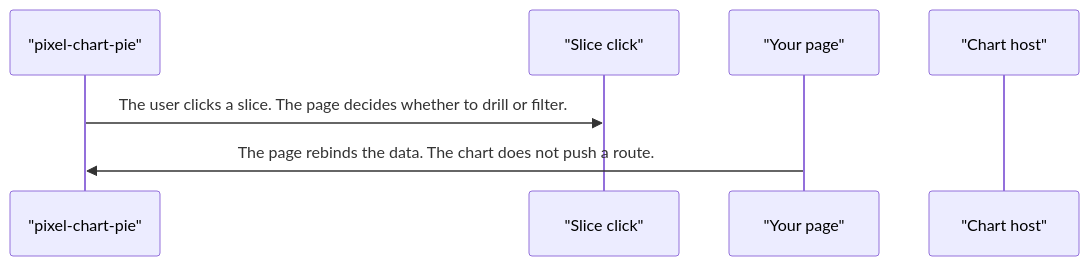
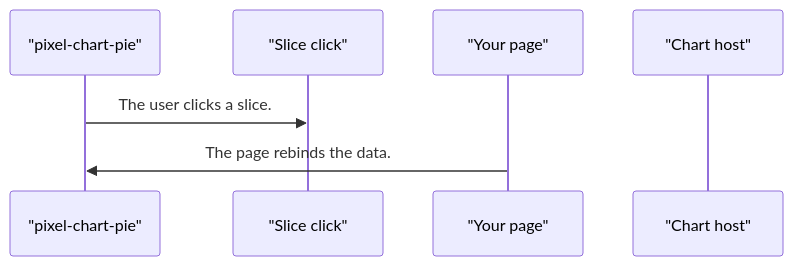
The fifth of 5 diagrams in projects/pixel-ui/src/lib/pixel-chart-pie/DESIGN.md (RajshekharBorate/pixel-ui), drawn with Mermaid before and after one commit. The commit also changed other lines of this file and 80 other files, not shown here.

Commit message:
Fill missing design flows and correct the stories that did not match component behavior.

````diff
--- a/projects/pixel-ui/src/lib/pixel-chart-pie/DESIGN.md
+++ b/projects/pixel-ui/src/lib/pixel-chart-pie/DESIGN.md
@@ -93,9 +93,9 @@
 ```mermaid
 sequenceDiagram
   participant plot as "pixel-chart-pie"
   participant click as "Slice click"
   participant page as "Your page"
   participant host as "Chart host"
-  plot->>click: The user clicks a slice. The page decides whether to drill or filter.
-  page->>plot: The page rebinds the data. The chart does not push a route.
+  plot->>click: The user clicks a slice.
+  page->>plot: The page rebinds the data.
 ```
````
